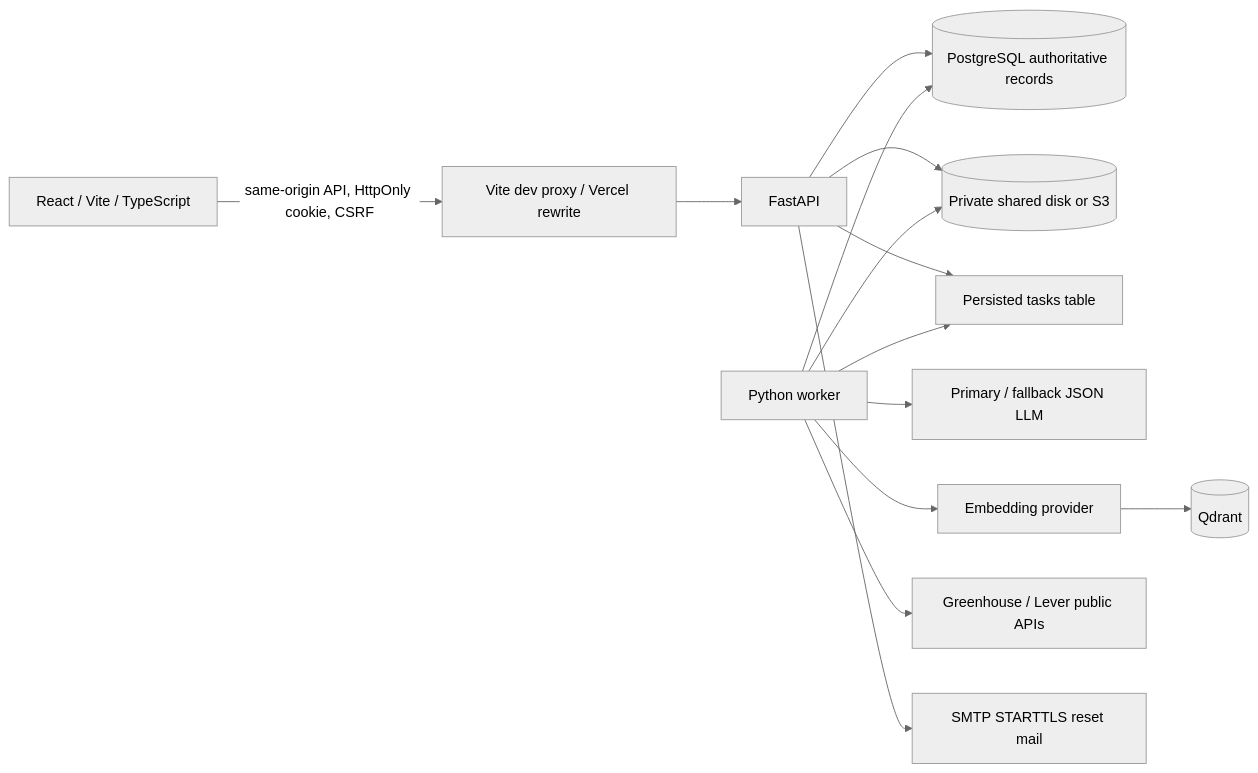
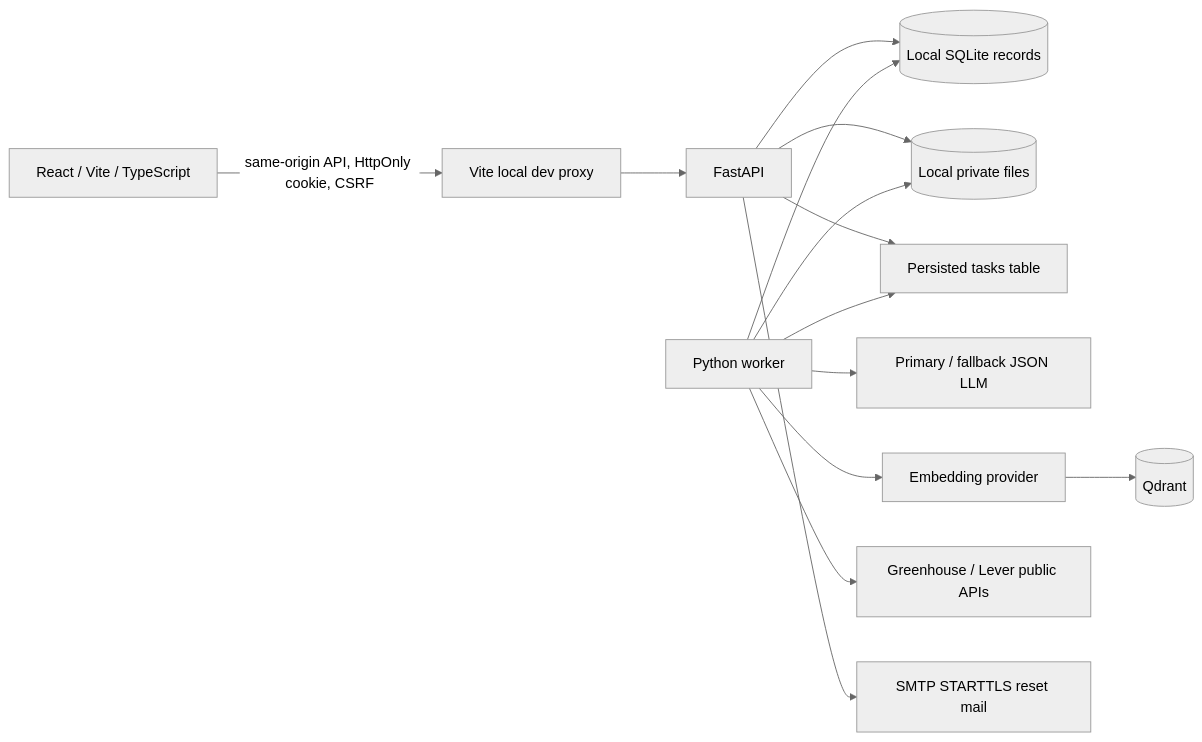
One commit to ishankwalia398/AI-Projects changed the first of 3 diagrams in Project_21_Career-Assistant-source/career-assistant/Architecture.md. Above: the diagram before and after it, drawn with Mermaid (neutral theme). The commit also changed other lines of this file and 86 other files, not shown here.

````diff
--- a/Project_21_Career-Assistant-source/career-assistant/Architecture.md
+++ b/Project_21_Career-Assistant-source/career-assistant/Architecture.md
@@ -5,16 +5,16 @@
 ```mermaid
 flowchart LR
-  Browser[React / Vite / TypeScript] -->|same-origin API, HttpOnly cookie, CSRF| Proxy[Vite dev proxy / Vercel rewrite]
+  Browser[React / Vite / TypeScript] -->|same-origin API, HttpOnly cookie, CSRF| Proxy[Vite local dev proxy]
   Proxy --> API[FastAPI]
-  API --> SQL[(PostgreSQL authoritative records)]
-  API --> Files[(Private shared disk or S3)]
+  API --> SQL[(Local SQLite records)]
+  API --> Files[(Local private files)]
   API --> Queue[Persisted tasks table]
   Worker[Python worker] --> Queue
   Worker --> SQL
   Worker --> LLM[Primary / fallback JSON LLM]
   Worker --> Embed[Embedding provider]
   Embed --> Vector[(Qdrant)]
   Worker --> ATS[Greenhouse / Lever public APIs]
   Worker --> Files
   API --> SMTP[SMTP STARTTLS reset mail]
 ```
````
